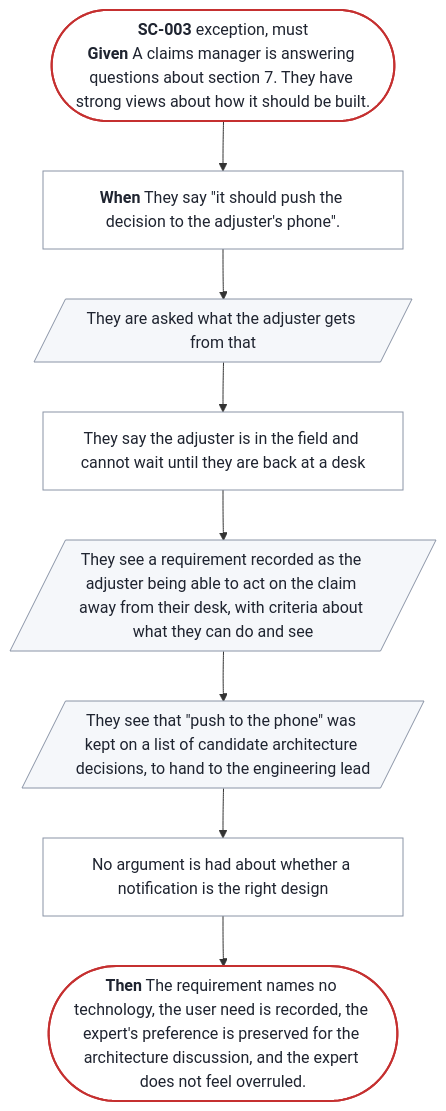
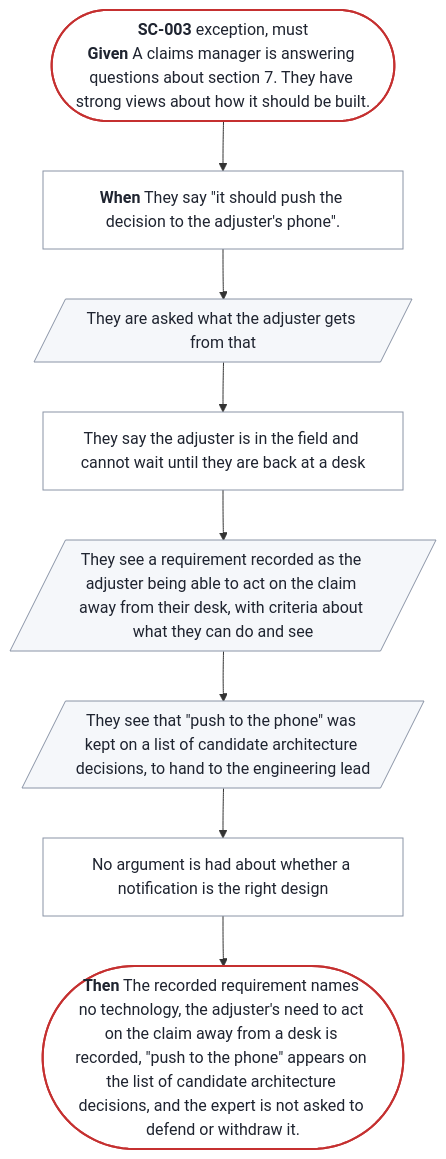
Before and after one commit to SpillwaveSolutions/prd-forge: the diagram in docs/prd/prd-forge/diagrams/SC-003.mmd, drawn with Mermaid. The commit also changed 32 other files, not shown here.

```diff
--- a/docs/prd/prd-forge/diagrams/SC-003.mmd
+++ b/docs/prd/prd-forge/diagrams/SC-003.mmd
@@ -1,22 +1,22 @@
 %% Generated by prd-diagrams.mjs from the scenario front matter. Do not edit.
 %%{init: {"flowchart": {"wrappingWidth": 300}}}%%
 flowchart TB
   start(["<b>SC-003</b> exception, must<br/><b>Given</b> A claims manager is answering questions about section 7. They have strong views about how it should be built."])
   trigger["<b>When</b> They say #quot;it should push the decision to the adjuster's phone#quot;."]
   s0[/"They are asked what the adjuster gets from that"/]
   s1["They say the adjuster is in the field and cannot wait until they are back at a desk"]
   s2[/"They see a requirement recorded as the adjuster being able to act on the claim away from their desk, with criteria about what they can do and see"/]
   s3[/"They see that #quot;push to the phone#quot; was kept on a list of candidate architecture decisions, to hand to the engineering lead"/]
   s4["No argument is had about whether a notification is the right design"]
-  done(["<b>Then</b> The requirement names no technology, the user need is recorded, the expert's preference is preserved for the architecture discussion, and the expert does not feel overruled."])
+  done(["<b>Then</b> The recorded requirement names no technology, the adjuster's need to act on the claim away from a desk is recorded, #quot;push to the phone#quot; appears on the list of candidate architecture decisions, and the expert is not asked to defend or withdraw it."])
   start --> trigger --> s0 --> s1 --> s2 --> s3 --> s4 --> done
   classDef ends fill:#FFFFFF,stroke:#C53030,stroke-width:2px,color:#1F2430
   classDef sees fill:#F5F7FA,stroke:#8A94A6,color:#1F2430
   classDef does fill:#FFFFFF,stroke:#8A94A6,color:#1F2430
   class start,done ends
   class s0 sees
   class s1 does
   class s2 sees
   class s3 sees
   class s4 does
   class trigger does
```
